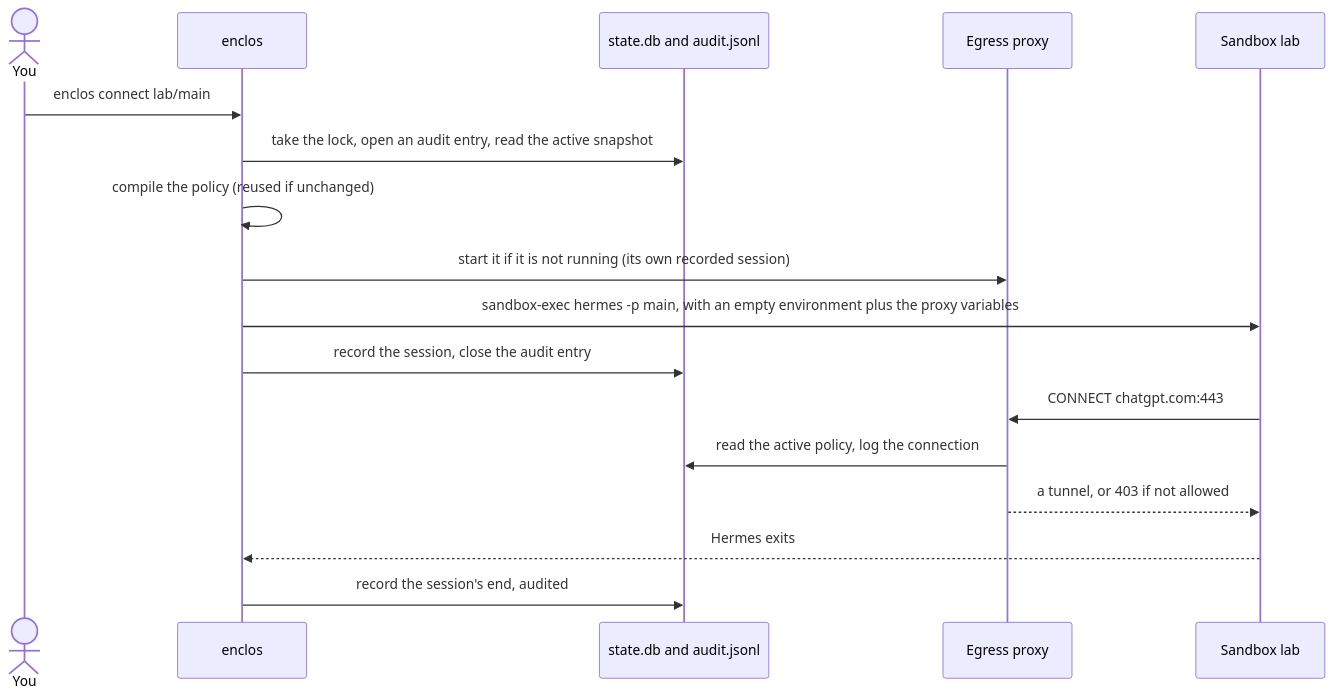
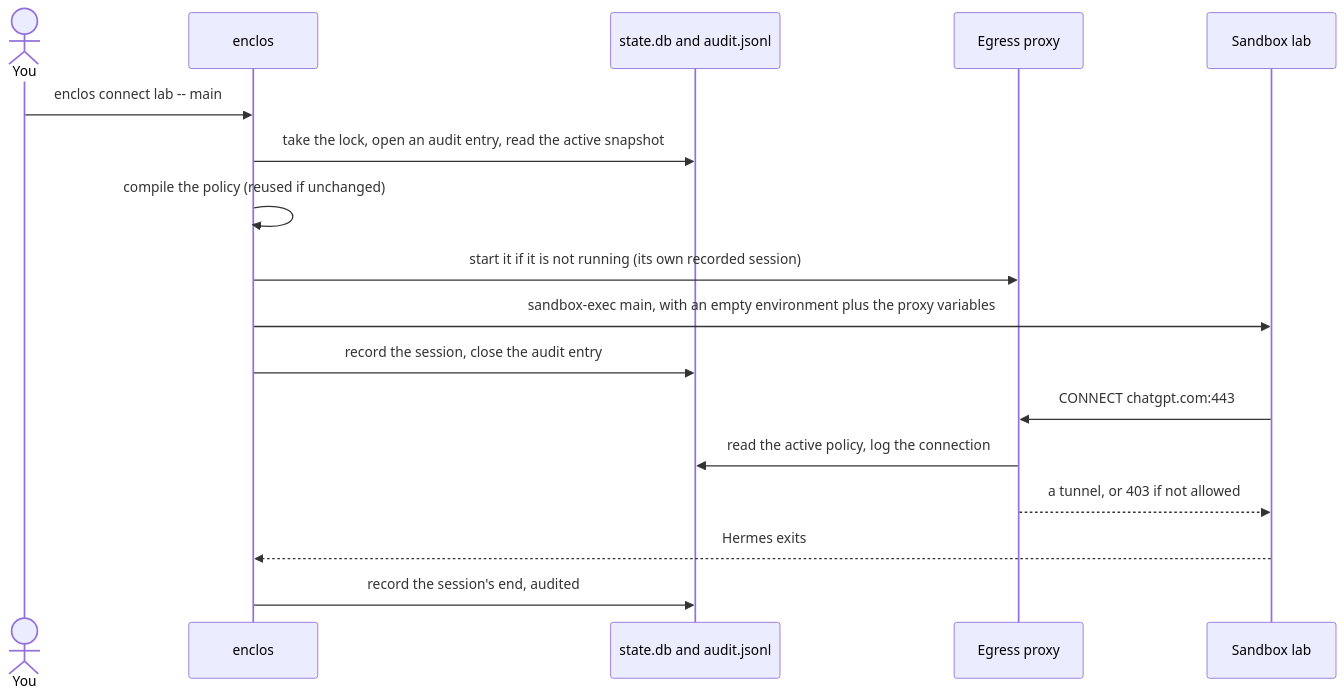
One commit to victorbonnet/enclos changed the third of 3 diagrams in docs/architecture.md. Above: the diagram before and after it, drawn with Mermaid. The commit also changed other lines of this file and 1 other file, not shown here.

Commit message:
docs: reach agents through connect -- in the README and architecture page

````diff
--- a/docs/architecture.md
+++ b/docs/architecture.md
@@ -88,20 +88,20 @@
 ```mermaid
 sequenceDiagram
   actor You
   participant CLI as enclos
   participant Data as state.db and audit.jsonl
   participant Proxy as Egress proxy
   participant SB as Sandbox lab
 
-  You->>CLI: enclos connect lab/main
+  You->>CLI: enclos connect lab -- main
   CLI->>Data: take the lock, open an audit entry, read the active snapshot
   CLI->>CLI: compile the policy (reused if unchanged)
   CLI->>Proxy: start it if it is not running (its own recorded session)
-  CLI->>SB: sandbox-exec hermes -p main, with an empty environment plus the proxy variables
+  CLI->>SB: sandbox-exec main, with an empty environment plus the proxy variables
   CLI->>Data: record the session, close the audit entry
   SB->>Proxy: CONNECT chatgpt.com:443
   Proxy->>Data: read the active policy, log the connection
   Proxy-->>SB: a tunnel, or 403 if not allowed
   SB-->>CLI: Hermes exits
   CLI->>Data: record the session's end, audited
 ```
````
